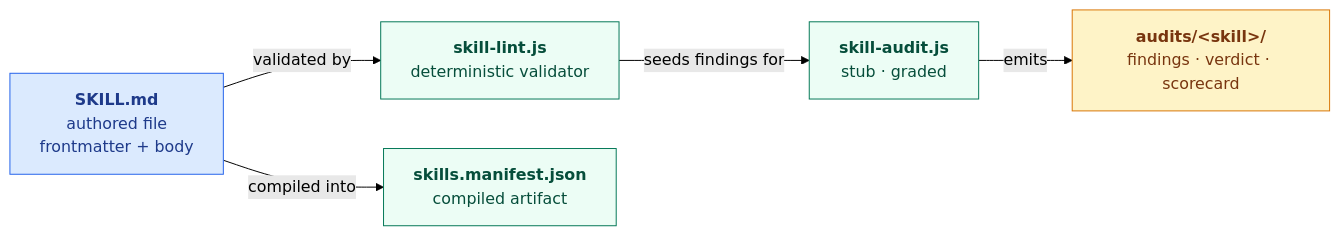
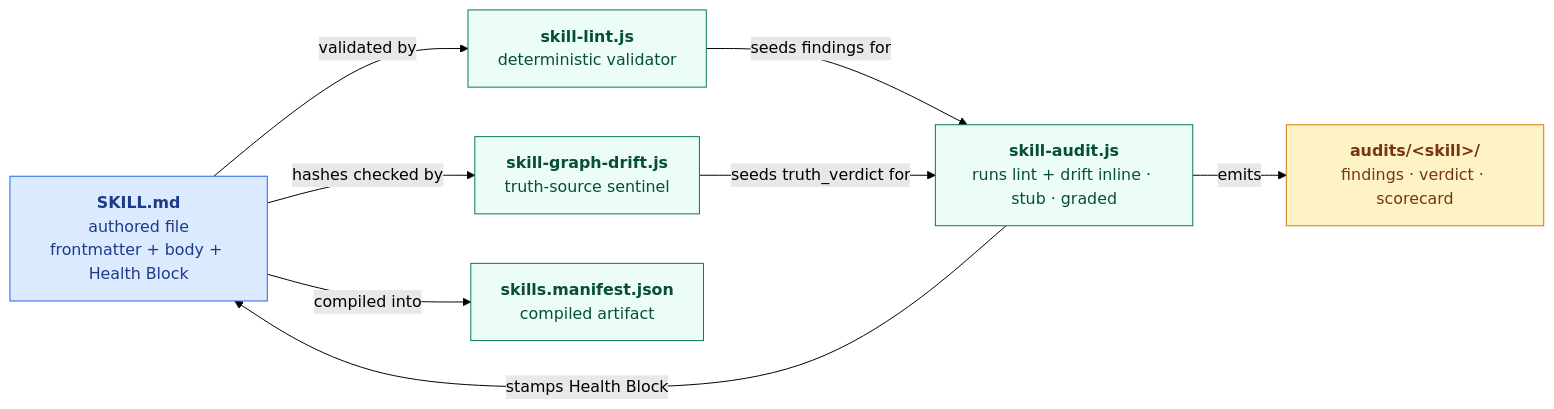
One commit to jacob-balslev/skill-graph changed the first of 5 diagrams in SKILL_GRAPH.md. Above: the diagram before and after it, drawn with Mermaid (forest theme). The commit also changed other lines of this file and 3 other files, not shown here.

First line of the commit message:
docs(skill-system): reconcile 14 findings from SH-6481 audit follow-up

````diff
--- a/SKILL_GRAPH.md
+++ b/SKILL_GRAPH.md
@@ -57,20 +70,24 @@
 ```mermaid
 flowchart LR
-  Skill["<b>SKILL.md</b><br/>authored file<br/>frontmatter + body"]
+  Skill["<b>SKILL.md</b><br/>authored file<br/>frontmatter + body + Health Block"]
   Linter["<b>skill-lint.js</b><br/>deterministic validator"]
+  Drift["<b>skill-graph-drift.js</b><br/>truth-source sentinel"]
   Manifest["<b>skills.manifest.json</b><br/>compiled artifact"]
-  Auditor["<b>skill-audit.js</b><br/>stub · graded"]
+  Auditor["<b>skill-audit.js</b><br/>runs lint + drift inline · stub · graded"]
   Artifacts["<b>audits/&lt;skill&gt;/</b><br/>findings · verdict · scorecard"]
 
   Skill -->|validated by| Linter
+  Skill -->|hashes checked by| Drift
   Skill -->|compiled into| Manifest
   Linter -->|seeds findings for| Auditor
+  Drift -->|seeds truth_verdict for| Auditor
   Auditor -->|emits| Artifacts
+  Auditor -->|stamps Health Block| Skill
 
   classDef author fill:#dbeafe,stroke:#2563eb,color:#1e3a8a
   classDef tool fill:#ecfdf5,stroke:#047857,color:#064e3b
   classDef artifact fill:#fef3c7,stroke:#d97706,color:#78350f
   class Skill author
-  class Linter,Auditor,Manifest tool
+  class Linter,Drift,Auditor,Manifest tool
   class Artifacts artifact
 ```
````
